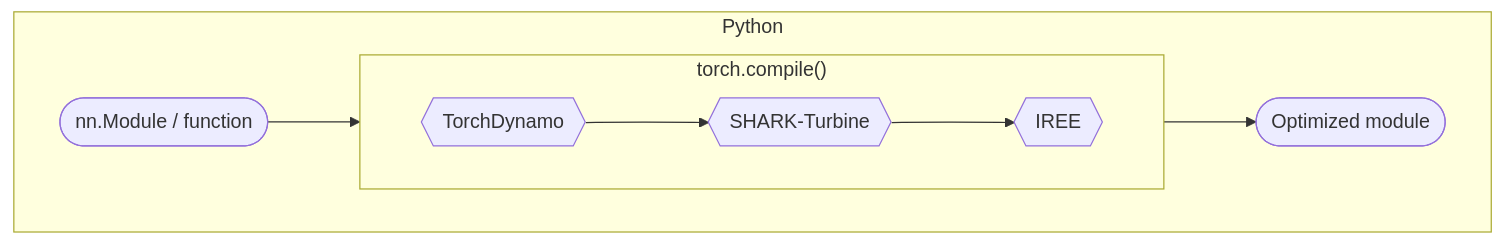
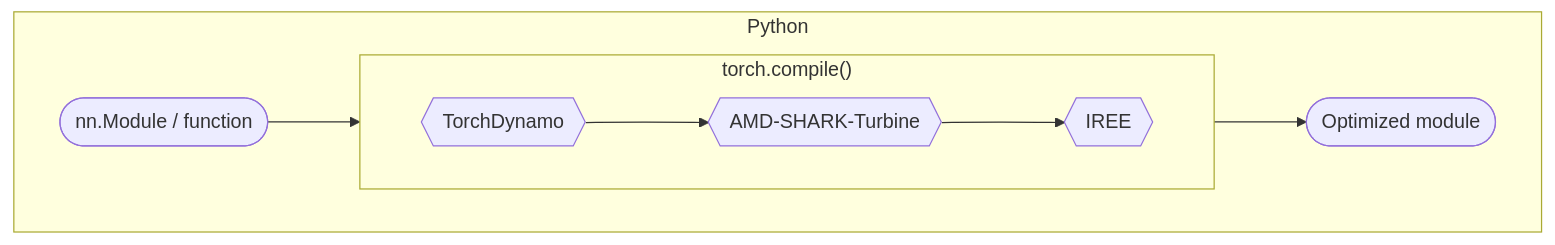
One commit to PhaneeshB/iree changed the second of 4 diagrams in docs/website/docs/guides/ml-frameworks/pytorch.md. Above: the diagram before and after it, drawn with Mermaid. The commit also changed other lines of this file and 16 other files, not shown here.

````diff
--- a/docs/website/docs/guides/ml-frameworks/pytorch.md
+++ b/docs/website/docs/guides/ml-frameworks/pytorch.md
@@ -79,24 +79,24 @@
 ``` mermaid
 graph TD
   accTitle: PyTorch JIT workflow overview
   accDescr {
     Programs start as either PyTorch nn.Module objects or callable functions.
     Programs are compiled into optimized modules using torch.compile.
     Within torch.compile, Dynamo runs the program through Turbine and IREE.
   }
 
   subgraph Python
     input([nn.Module / function])
 
     subgraph compile ["torch.compile()"]
       direction LR
       dynamo{{TorchDynamo}}
-      turbine{{SHARK-Turbine}}
+      turbine{{AMD-SHARK-Turbine}}
       iree{{IREE}}
       dynamo --> turbine --> iree
     end
 
     output([Optimized module])
     input --> compile --> output
   end
 ```
````
